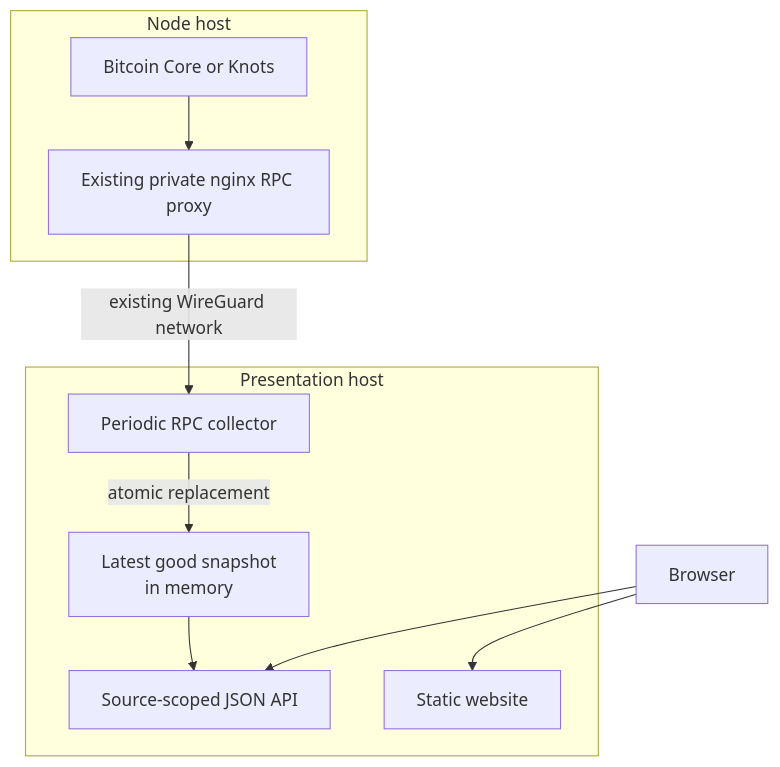
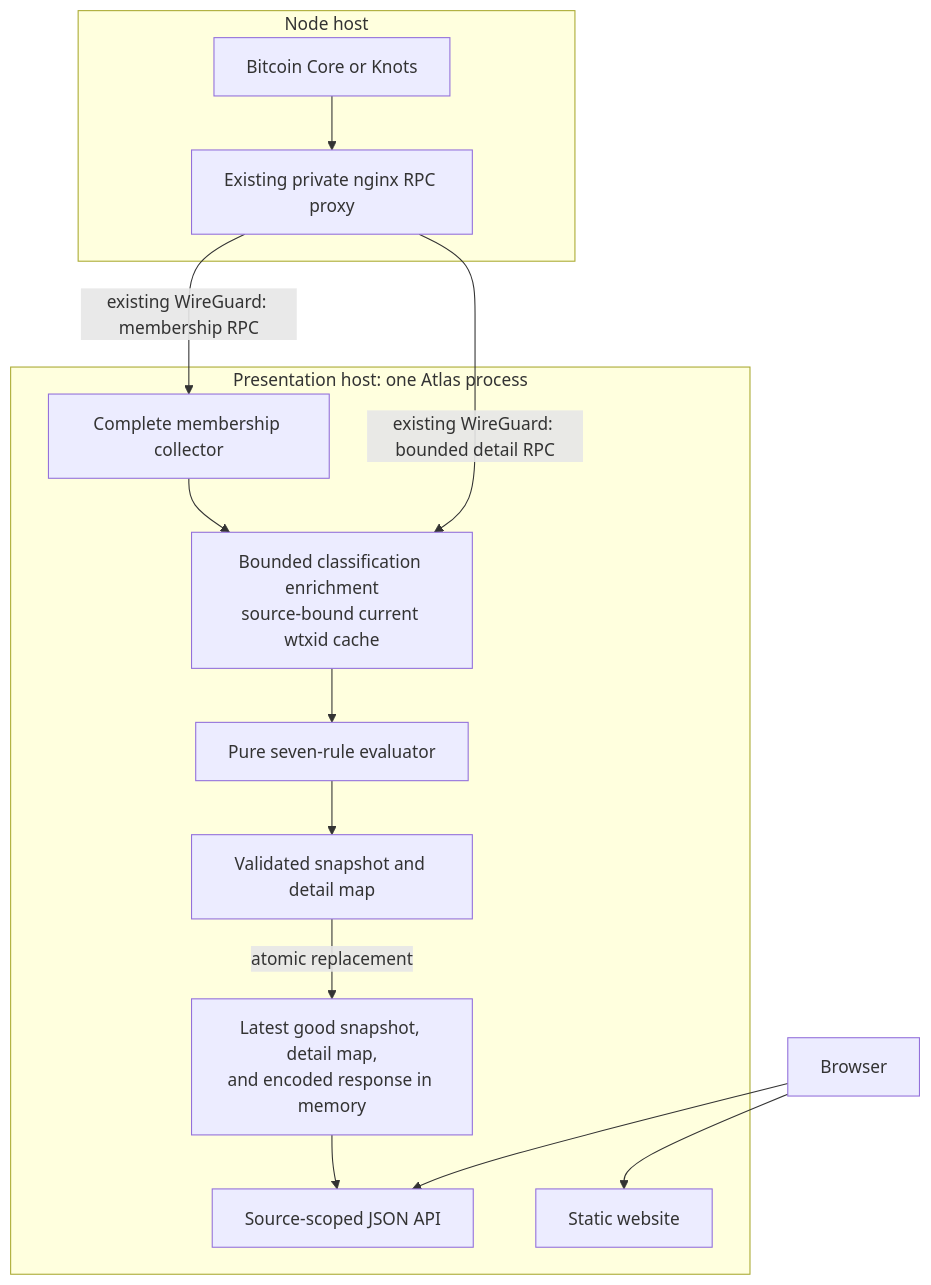
Before and after one commit to deadmanoz/mempool-atlas: the diagram in docs/architecture.md, drawn with Mermaid. The commit also changed other lines of this file and 42 other files, not shown here.

Commit message:
feat(atlas): add current BIP-110 classification terrain

````diff
--- a/docs/architecture.md
+++ b/docs/architecture.md
@@ -6,21 +8,28 @@
 ```mermaid
 flowchart TB
     subgraph node["Node host"]
         bitcoind["Bitcoin Core or Knots"]
         rpc_proxy["Existing private nginx RPC proxy"]
         bitcoind --> rpc_proxy
     end
 
-    subgraph presentation["Presentation host"]
-        collector["Periodic RPC collector"]
-        current["Latest good snapshot<br/>in memory"]
+    subgraph presentation["Presentation host: one Atlas process"]
+        membership["Complete membership collector"]
+        enrichment["Bounded classification enrichment<br/>source-bound current wtxid cache"]
+        evaluator["Pure seven-rule evaluator"]
+        next["Validated snapshot and detail map"]
+        current["Latest good snapshot, detail map,<br/>and encoded response in memory"]
         api["Source-scoped JSON API"]
         static["Static website"]
-        collector -->|"atomic replacement"| current
+        membership --> enrichment
+        enrichment --> evaluator
+        evaluator --> next
+        next -->|"atomic replacement"| current
         current --> api
     end
 
-    rpc_proxy -->|"existing WireGuard network"| collector
+    rpc_proxy -->|"existing WireGuard: membership RPC"| membership
+    rpc_proxy -->|"existing WireGuard: bounded detail RPC"| enrichment
     browser["Browser"] --> static
     browser --> api
 ```
````
